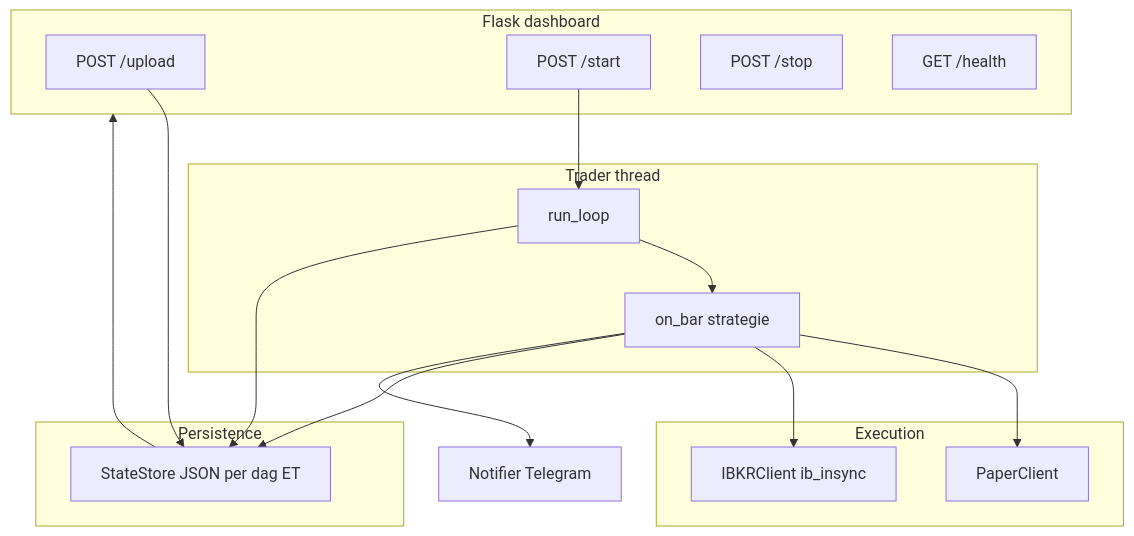
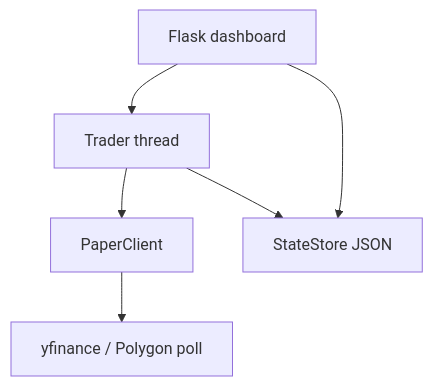
One commit to dokteurwatson/andrewtrade changed the diagram in README.md. Above: the diagram before and after it, drawn with Mermaid. The commit also changed other lines of this file and 16 other files, not shown here.

````diff
--- a/README.md
+++ b/README.md
@@ -9,34 +9,14 @@
 ```mermaid
 flowchart TB
-  subgraph ui [Flask dashboard]
-    Upload[POST /upload]
-    Start[POST /start]
-    Stop[POST /stop]
-    Health[GET /health]
-  end
+  Dashboard[Flask dashboard]
+  Trader[Trader thread]
+  Paper[PaperClient]
+  YF[yfinance / Polygon poll]
+  State[StateStore JSON]
 
-  subgraph persist [Persistence]
-    SS[StateStore JSON per dag ET]
-  end
-
-  subgraph engine [Trader thread]
-    Loop[run_loop]
-    OnBar[on_bar strategie]
-  end
-
-  subgraph brokers [Execution]
-    Paper[PaperClient]
-    IBKR[IBKRClient ib_insync]
-  end
-
-  Upload --> SS
-  Start --> Loop
-  Loop --> OnBar
-  OnBar --> Paper
-  OnBar --> IBKR
-  Loop --> SS
-  OnBar --> SS
-  SS --> ui
-  Notifier[Notifier Telegram]
-  OnBar --> Notifier
+  Dashboard --> State
+  Dashboard --> Trader
+  Trader --> Paper
+  Paper --> YF
+  Trader --> State
 ```
````
